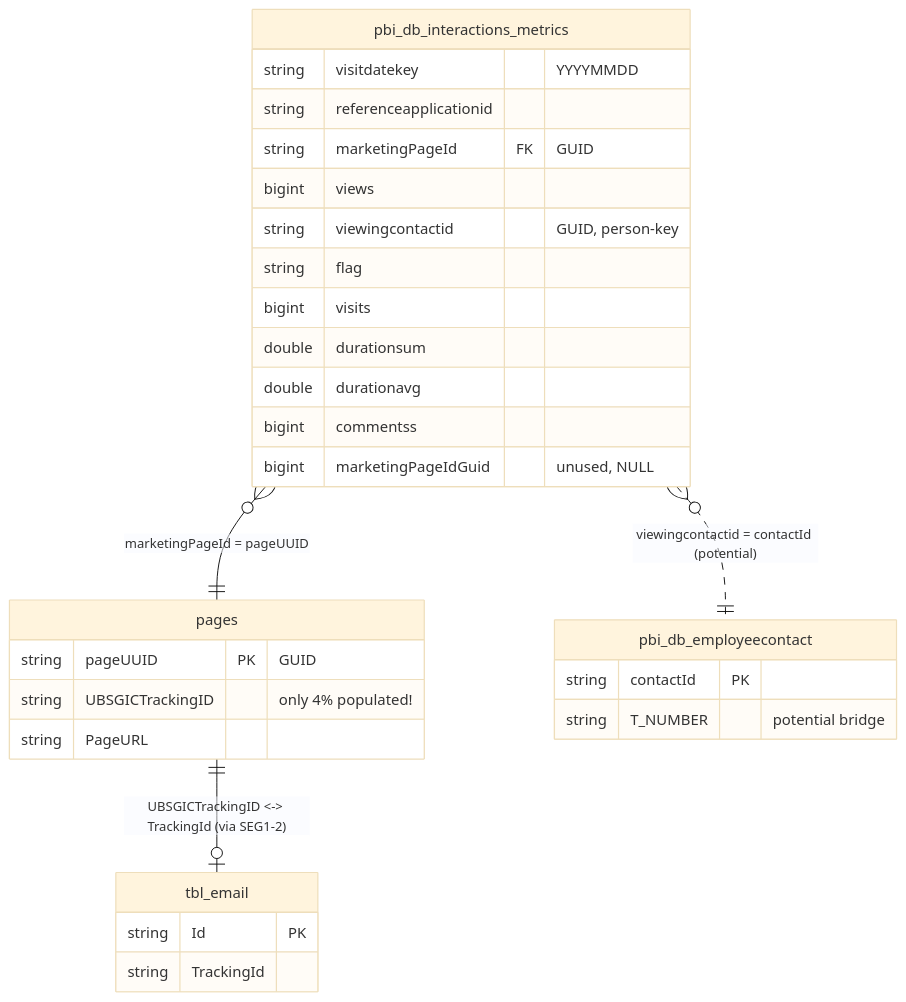
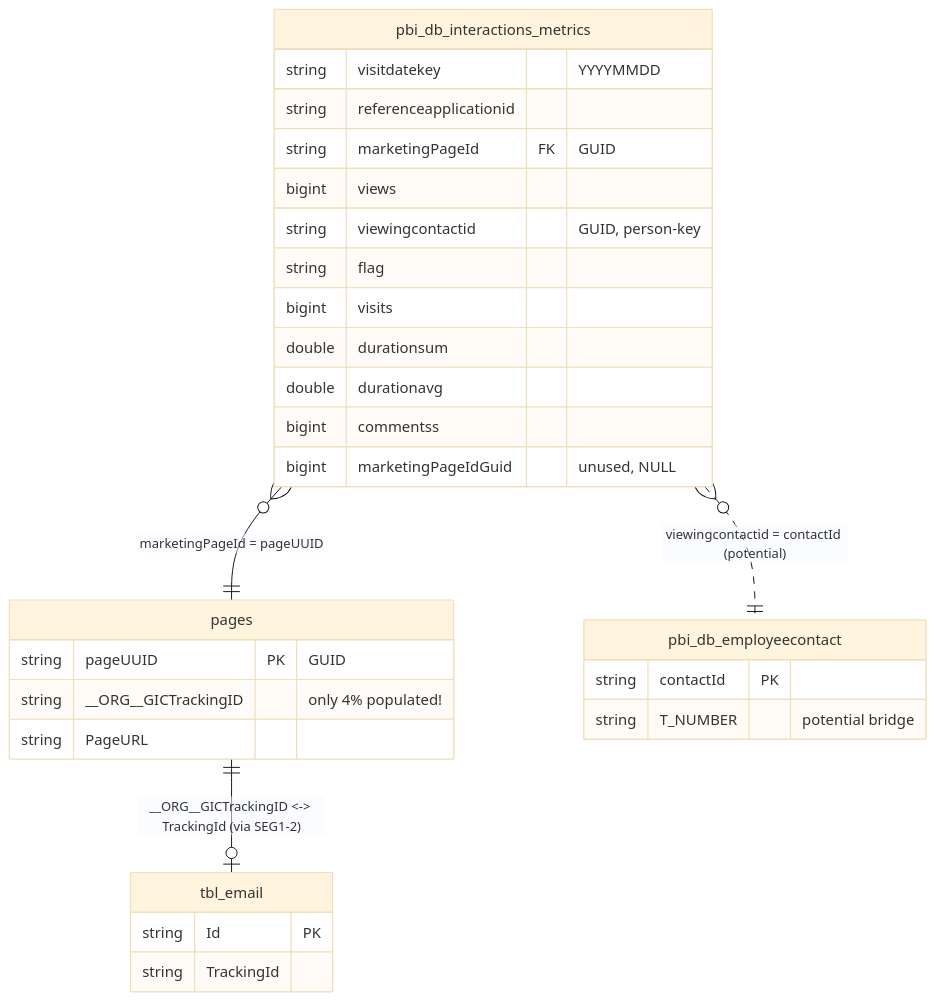
One commit to dallmi/Databricks changed the diagram in docs/tables/sharepoint_gold/pbi_db_interactions_metrics.md. Above: the diagram before and after it, drawn with Mermaid (base theme). The commit also changed other lines of this file and 85 other files, not shown here.

````diff
--- a/docs/tables/sharepoint_gold/pbi_db_interactions_metrics.md
+++ b/docs/tables/sharepoint_gold/pbi_db_interactions_metrics.md
@@ -21,33 +21,33 @@
 ```mermaid
 erDiagram
     pbi_db_interactions_metrics }o--|| pages                  : "marketingPageId = pageUUID"
-    pages                       ||--o| tbl_email              : "UBSGICTrackingID <-> TrackingId (via SEG1-2)"
+    pages                       ||--o| tbl_email              : "__ORG__GICTrackingID <-> TrackingId (via SEG1-2)"
     pbi_db_interactions_metrics }o..|| pbi_db_employeecontact : "viewingcontactid = contactId (potential)"
 
     pbi_db_interactions_metrics {
         string visitdatekey "YYYYMMDD"
         string referenceapplicationid
         string marketingPageId FK "GUID"
         bigint views
         string viewingcontactid "GUID, person-key"
         string flag
         bigint visits
         double durationsum
         double durationavg
         bigint commentss
         bigint marketingPageIdGuid "unused, NULL"
     }
     pages {
         string pageUUID PK "GUID"
-        string UBSGICTrackingID "only 4% populated!"
+        string __ORG__GICTrackingID "only 4% populated!"
         string PageURL
     }
     tbl_email {
         string Id PK
         string TrackingId
     }
     pbi_db_employeecontact {
         string contactId PK
         string T_NUMBER "potential bridge"
     }
 ```
````
